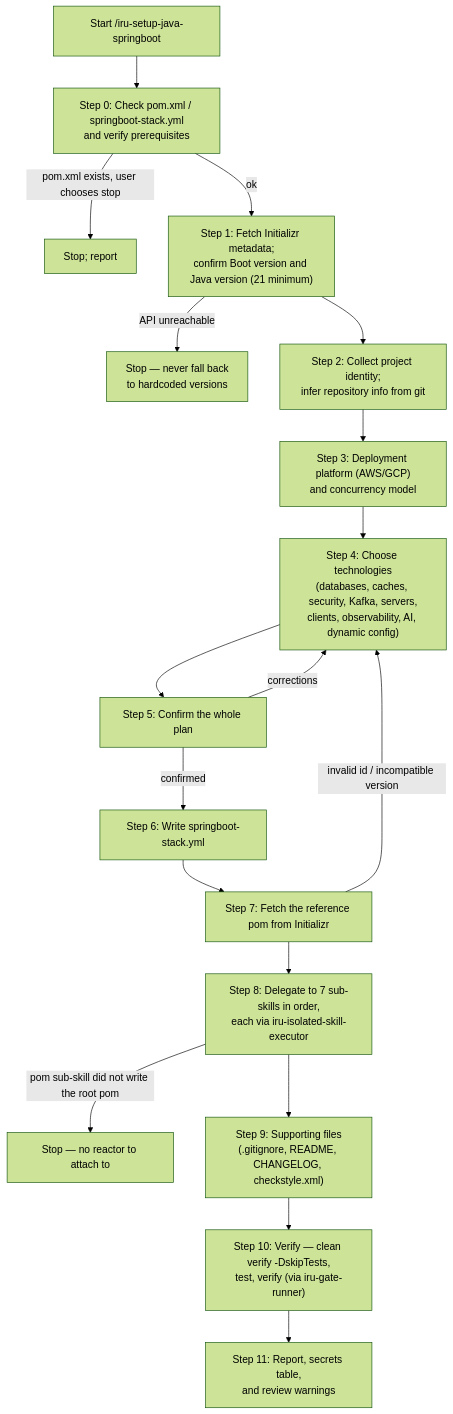
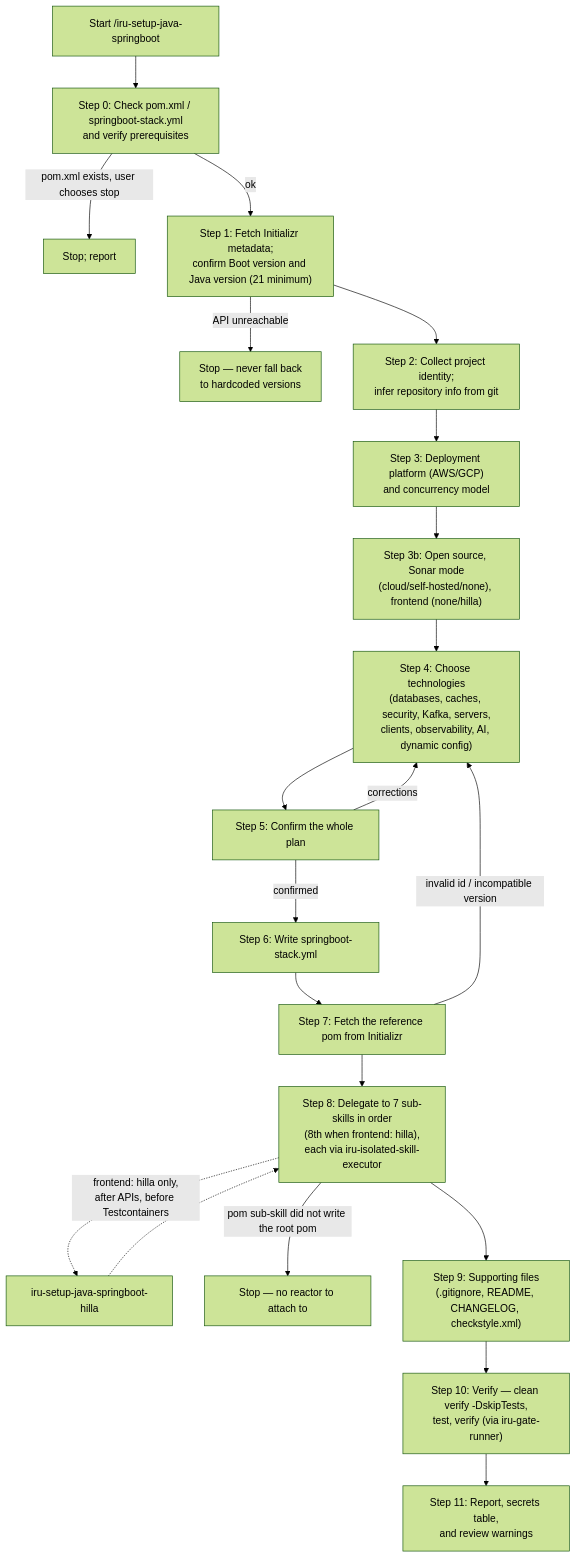
Before and after one commit to albertoirurueta/ai-catalog: the diagram in docs/modules/ROOT/pages/skills/iru-setup-java-springboot.adoc, drawn with Mermaid (forest theme). The commit also changed other lines of this file and 162 other files, not shown here.

First line of the commit message:
Extend the catalog to TypeScript, Android, Swift and hybrid mobile stacks with an open-source-aware repository setup front door (#6) (#7)

```diff
--- a/docs/modules/ROOT/pages/skills/iru-setup-java-springboot.adoc
+++ b/docs/modules/ROOT/pages/skills/iru-setup-java-springboot.adoc
@@ -179,21 +227,24 @@
 [mermaid]
 ....
 flowchart TD
     A["Start /iru-setup-java-springboot"] --> B["Step 0: Check pom.xml / springboot-stack.yml\nand verify prerequisites"]
     B -- pom.xml exists, user chooses stop --> STOP[Stop; report]
     B -- ok --> C["Step 1: Fetch Initializr metadata;\nconfirm Boot version and Java version (21 minimum)"]
     C -- API unreachable --> STOP2["Stop — never fall back\nto hardcoded versions"]
     C --> D["Step 2: Collect project identity;\ninfer repository info from git"]
     D --> E["Step 3: Deployment platform (AWS/GCP)\nand concurrency model"]
-    E --> F["Step 4: Choose technologies\n(databases, caches, security, Kafka, servers,\nclients, observability, AI, dynamic config)"]
+    E --> EB["Step 3b: Open source, Sonar mode\n(cloud/self-hosted/none), frontend (none/hilla)"]
+    EB --> F["Step 4: Choose technologies\n(databases, caches, security, Kafka, servers,\nclients, observability, AI, dynamic config)"]
     F --> G["Step 5: Confirm the whole plan"]
     G -- corrections --> F
     G -- confirmed --> H["Step 6: Write springboot-stack.yml"]
     H --> I["Step 7: Fetch the reference pom from Initializr"]
     I -- invalid id / incompatible version --> F
-    I --> J["Step 8: Delegate to 7 sub-skills in order,\neach via iru-isolated-skill-executor"]
+    I --> J["Step 8: Delegate to 7 sub-skills in order\n(8th when frontend: hilla),\neach via iru-isolated-skill-executor"]
+    J -.->|"frontend: hilla only,\nafter APIs, before Testcontainers"| JH["iru-setup-java-springboot-hilla"]
+    JH -.-> J
     J -- pom sub-skill did not write the root pom --> STOP3["Stop — no reactor to attach to"]
     J --> K["Step 9: Supporting files\n(.gitignore, README, CHANGELOG, checkstyle.xml)"]
     K --> L["Step 10: Verify — clean verify -DskipTests,\ntest, verify (via iru-gate-runner)"]
     L --> M["Step 11: Report, secrets table,\nand review warnings"]
 ....
```
